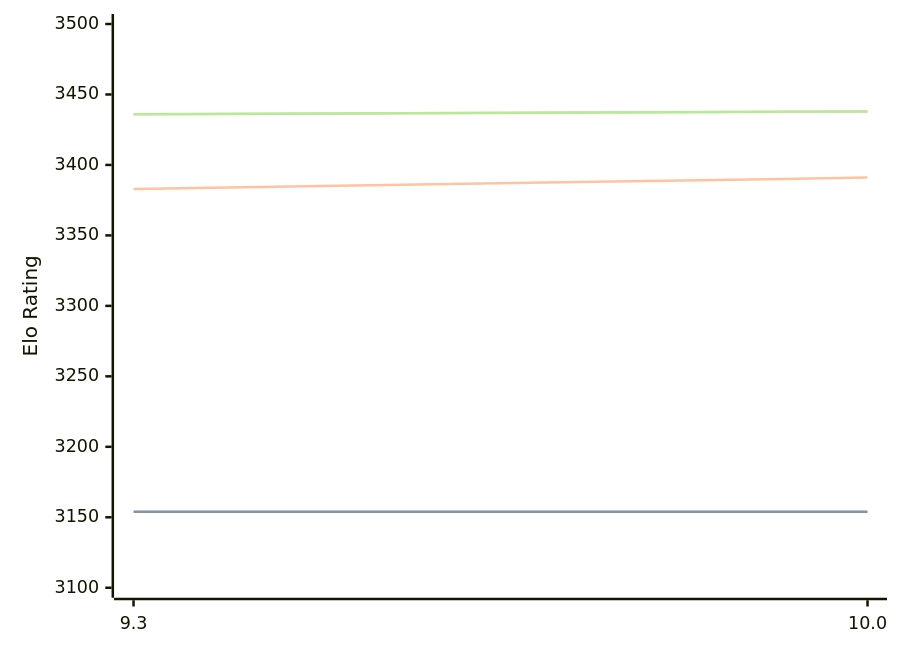
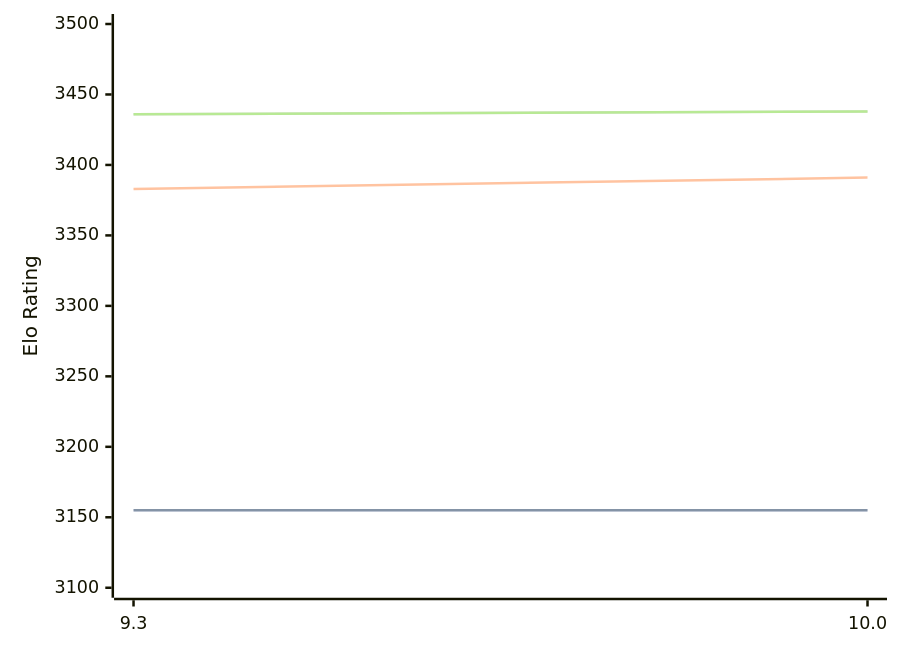
Before and after one commit to computer-chess-index/cci: the diagram in engines/Fire.md, drawn with Mermaid. The commit also changed other lines of this file, not shown here.

````diff
--- a/engines/Fire.md
+++ b/engines/Fire.md
@@ -32,11 +32,11 @@
 ```mermaid
 %%{init: {"theme":"base","themeVariables":{"seriesColors:['#a3a3a3','#222221','#faa371']}}}%%
 xychart-beta
   x-axis ["9.3", "10.0"]
   y-axis "Elo Rating" 3100 --> 3500
-  line "" [3154, 3154]
-  line "STC (8.0+0.08s)" [3154, 3154]
+  line "" [3155, 3155]
+  line "STC (8.0+0.08s)" [3155, 3155]
   line "LTC (60.0+0.60s)" [3383, 3391]
   line "" [3436, 3438]
   line "VLTC (2m24s+1.12s)" [3436, 3438]
 ```
````
